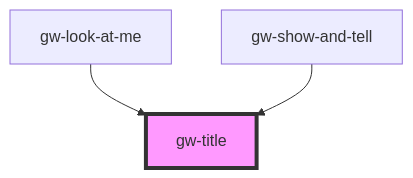
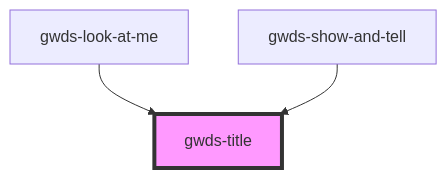
One commit to bsastregx/gwds-stenciljs changed the diagram in src/components/gwds-title/readme.md. Above: the diagram before and after it, drawn with Mermaid. The commit also changed other lines of this file and 6 other files, not shown here.

````diff
--- a/src/components/gwds-title/readme.md
+++ b/src/components/gwds-title/readme.md
@@ -26,6 +26,6 @@
 ```mermaid
 graph TD;
-  gw-look-at-me --> gw-title
-  gw-show-and-tell --> gw-title
-  style gw-title fill:#f9f,stroke:#333,stroke-width:4px
+  gwds-look-at-me --> gwds-title
+  gwds-show-and-tell --> gwds-title
+  style gwds-title fill:#f9f,stroke:#333,stroke-width:4px
 ```
````
